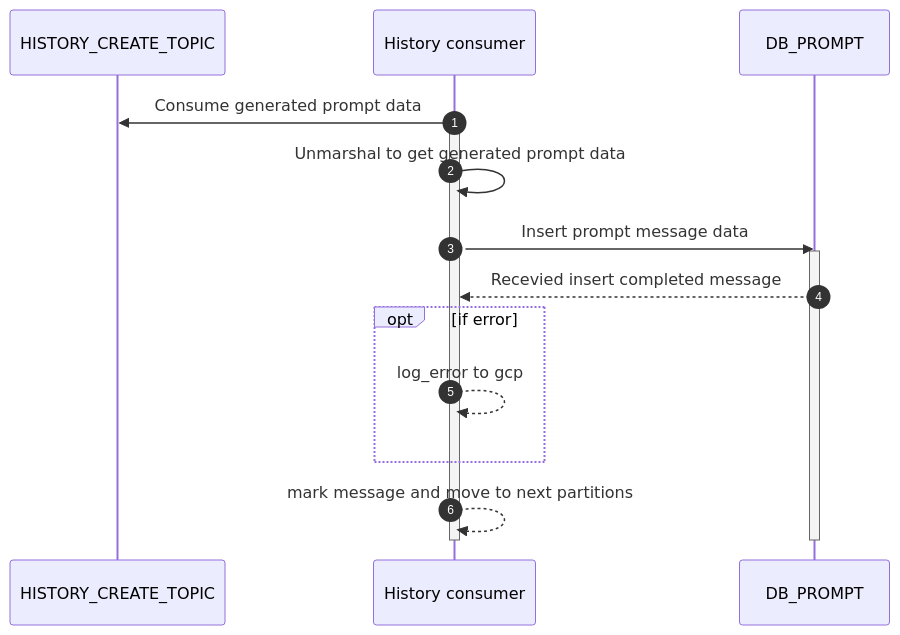
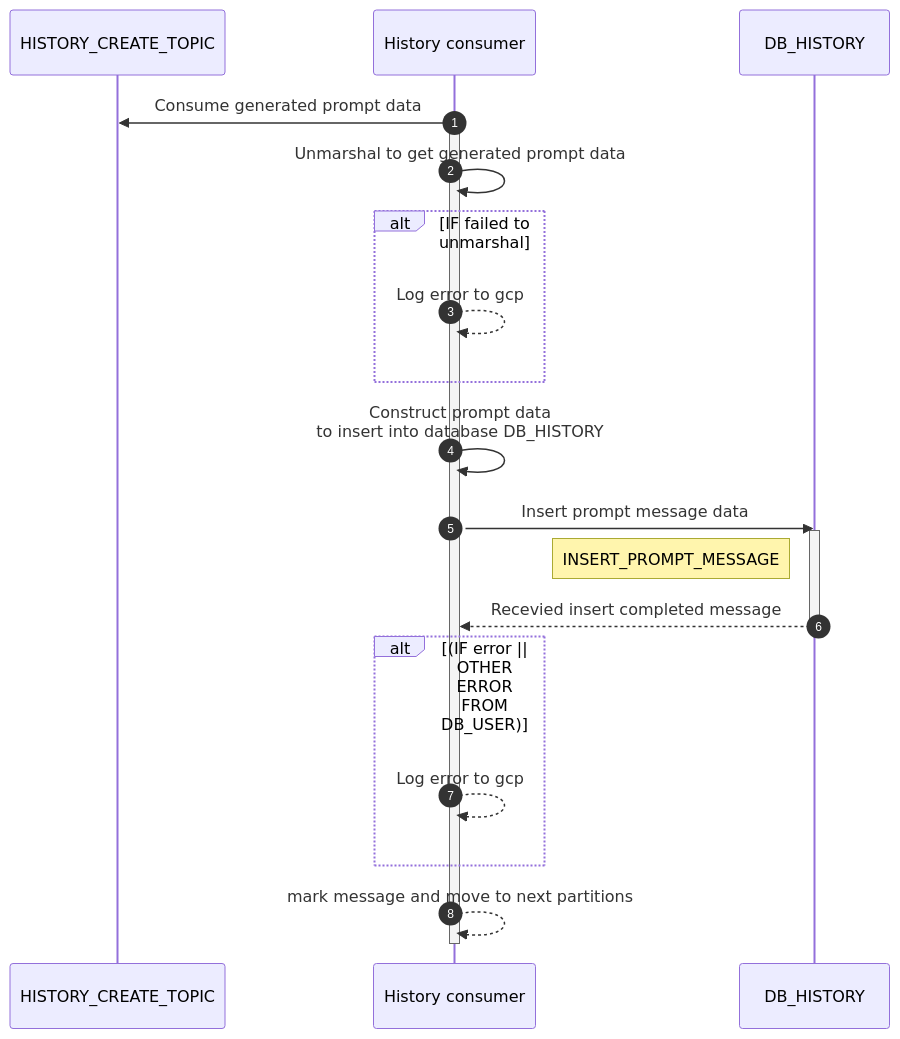
Before and after one commit to promptlabth/docs-of-all: the diagram in systemFlow/core/historyConsumer/saveMessage.md, drawn with Mermaid. The commit also changed other lines of this file, not shown here.

Commit message:
feat: add history consumer application design

````diff
--- a/systemFlow/core/historyConsumer/saveMessage.md
+++ b/systemFlow/core/historyConsumer/saveMessage.md
@@ -4,20 +14,25 @@
 ```mermaid
 sequenceDiagram
     participant topic as HISTORY_CREATE_TOPIC
     participant consumer as History consumer
-    participant prompt as DB_PROMPT
+    participant history as DB_HISTORY
     autonumber
     consumer ->> topic : Consume generated prompt data
     activate consumer
     consumer ->> consumer : Unmarshal to get generated prompt data
-    consumer ->> prompt : Insert prompt message data
-    activate prompt
-    prompt -->> consumer : Recevied insert completed message
-    opt if error
-        consumer -->> consumer : log_error to gcp
+    alt IF failed to unmarshal
+        consumer -->> consumer : Log error to gcp
+    end
+    consumer ->> consumer : Construct prompt data <br/>to insert into database DB_HISTORY
+    consumer ->> history : Insert prompt message data
+    activate history
+    note left of history: INSERT_PROMPT_MESSAGE
+    history -->> consumer : Recevied insert completed message
+    deactivate history
+     alt (IF error || OTHER ERROR FROM DB_USER)
+        consumer -->> consumer : Log error to gcp
     end
     consumer -->> consumer: mark message and move to next partitions
-    deactivate prompt
     deactivate consumer
 
 ```
````
